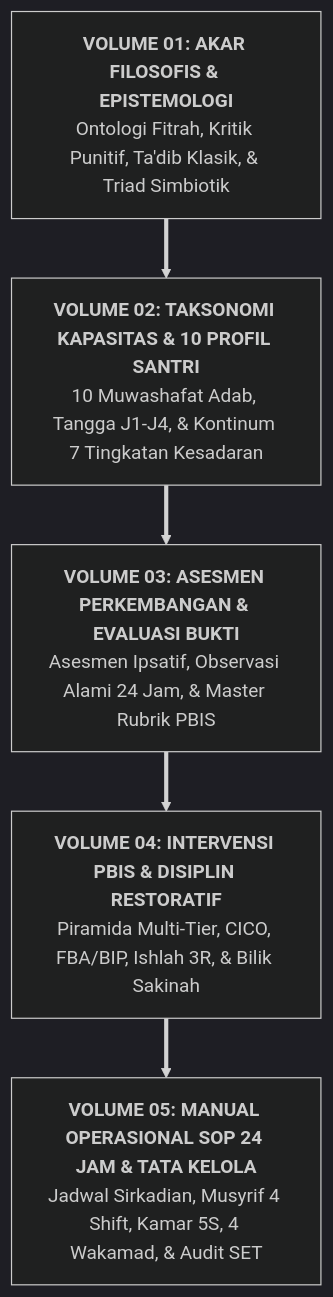
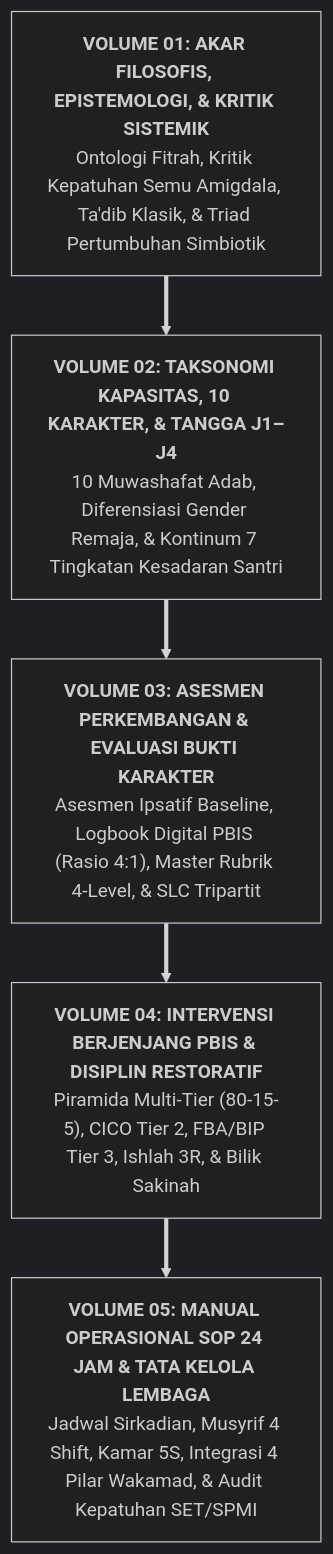
One commit to wandiapriliyandi/tumbuh changed the diagram in BOOK Series 2/Volume-05-Manual-Operasional-SOP-24Jam-dan-Tata-Kelola/Bab-08-Audit-Mutu-dan-Keberlanjutan-Sistem/04-Penutup-Menjaga-Amanah-Peradaban.md. Above: the diagram before and after it, drawn with Mermaid (dark theme). The commit also changed other lines of this file and 61 other files, not shown here.

````diff
--- a/BOOK Series 2/Volume-05-Manual-Operasional-SOP-24Jam-dan-Tata-Kelola/Bab-08-Audit-Mutu-dan-Keberlanjutan-Sistem/04-Penutup-Menjaga-Amanah-Peradaban.md
+++ b/BOOK Series 2/Volume-05-Manual-Operasional-SOP-24Jam-dan-Tata-Kelola/Bab-08-Audit-Mutu-dan-Keberlanjutan-Sistem/04-Penutup-Menjaga-Amanah-Peradaban.md
@@ -9,14 +9,14 @@
 ```mermaid
 flowchart TD
-    Vol1["<b>VOLUME 01: AKAR FILOSOFIS & EPISTEMOLOGI</b><br/>Ontologi Fitrah, Kritik Punitif, Ta'dib Klasik, & Triad Simbiotik"]
+    Vol1["<b>VOLUME 01: AKAR FILOSOFIS, EPISTEMOLOGI, & KRITIK SISTEMIK</b><br/>Ontologi Fitrah, Kritik Kepatuhan Semu Amigdala, Ta'dib Klasik, & Triad Pertumbuhan Simbiotik"]
     
-    Vol2["<b>VOLUME 02: TAKSONOMI KAPASITAS & 10 PROFIL SANTRI</b><br/>10 Muwashafat Adab, Tangga J1-J4, & Kontinum 7 Tingkatan Kesadaran"]
+    Vol2["<b>VOLUME 02: TAKSONOMI KAPASITAS, 10 KARAKTER, & TANGGA J1–J4</b><br/>10 Muwashafat Adab, Diferensiasi Gender Remaja, & Kontinum 7 Tingkatan Kesadaran Santri"]
     
-    Vol3["<b>VOLUME 03: ASESMEN PERKEMBANGAN & EVALUASI BUKTI</b><br/>Asesmen Ipsatif, Observasi Alami 24 Jam, & Master Rubrik PBIS"]
+    Vol3["<b>VOLUME 03: ASESMEN PERKEMBANGAN & EVALUASI BUKTI KARAKTER</b><br/>Asesmen Ipsatif Baseline, Logbook Digital PBIS (Rasio 4:1), Master Rubrik 4-Level, & SLC Tripartit"]
     
-    Vol4["<b>VOLUME 04: INTERVENSI PBIS & DISIPLIN RESTORATIF</b><br/>Piramida Multi-Tier, CICO, FBA/BIP, Ishlah 3R, & Bilik Sakinah"]
+    Vol4["<b>VOLUME 04: INTERVENSI BERJENJANG PBIS & DISIPLIN RESTORATIF</b><br/>Piramida Multi-Tier (80-15-5), CICO Tier 2, FBA/BIP Tier 3, Ishlah 3R, & Bilik Sakinah"]
     
-    Vol5["<b>VOLUME 05: MANUAL OPERASIONAL SOP 24 JAM & TATA KELOLA</b><br/>Jadwal Sirkadian, Musyrif 4 Shift, Kamar 5S, 4 Wakamad, & Audit SET"]
+    Vol5["<b>VOLUME 05: MANUAL OPERASIONAL SOP 24 JAM & TATA KELOLA LEMBAGA</b><br/>Jadwal Sirkadian, Musyrif 4 Shift, Kamar 5S, Integrasi 4 Pilar Wakamad, & Audit Kepatuhan SET/SPMI"]
 
     Vol1 ==> Vol2 ==> Vol3 ==> Vol4 ==> Vol5
 ```
````
